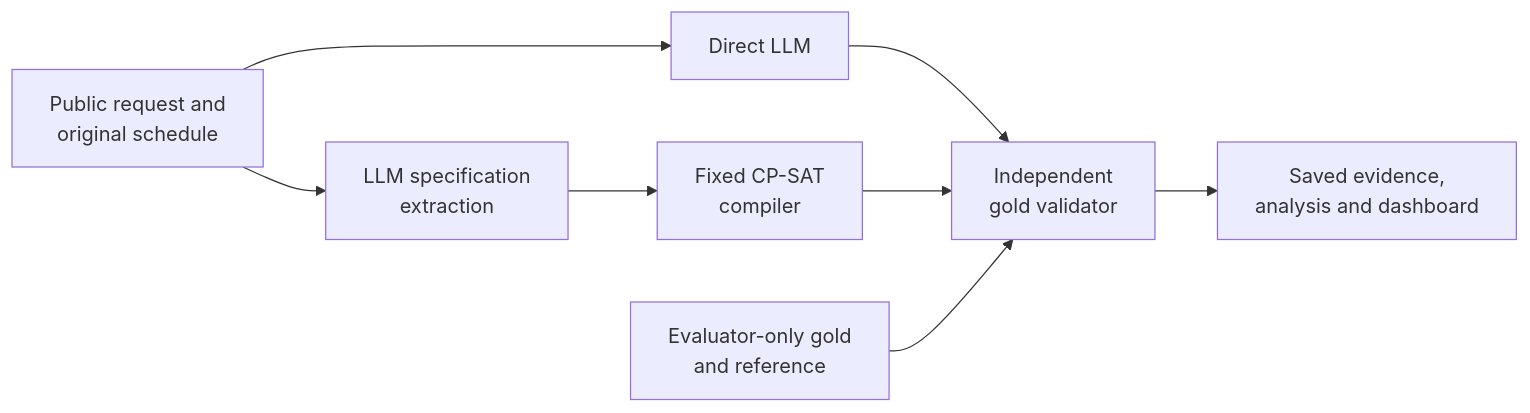
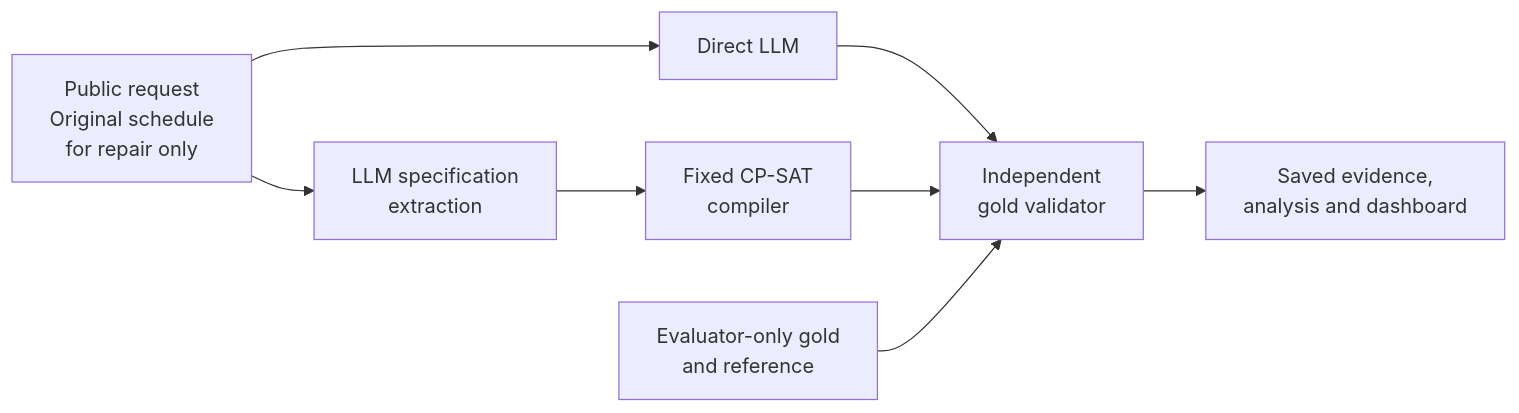
One commit to JellyPenguinnn/cs3263_group23 changed the diagram in README.md. Above: the diagram before and after it, drawn with Mermaid. The commit also changed other lines of this file and 187 other files, not shown here.

````diff
--- a/README.md
+++ b/README.md
@@ -23,10 +27,10 @@
 ```mermaid
 flowchart LR
-  R[Public request and<br/>original schedule] --> A[Direct LLM]
+  R[Public request<br/>Original schedule<br/>for repair only] --> A[Direct LLM]
   R --> B[LLM specification<br/>extraction]
   B --> S[Fixed CP-SAT<br/>compiler]
   A --> V[Independent<br/>gold validator]
   S --> V
   G[Evaluator-only gold<br/>and reference] --> V
   V --> E[Saved evidence,<br/>analysis and dashboard]
 ```
````
